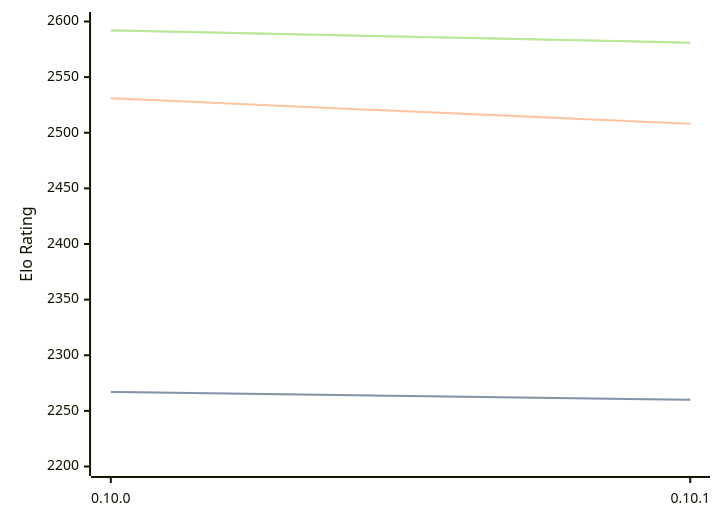
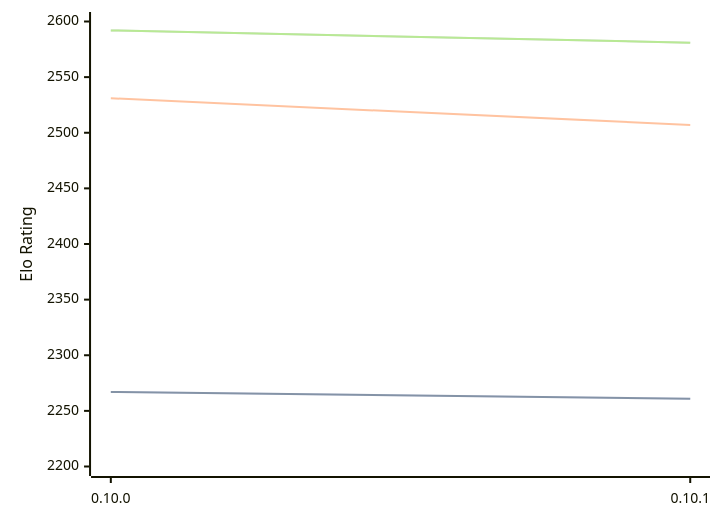
One commit to computer-chess-index/cci changed the diagram in engines/Fatalii.md. Above: the diagram before and after it, drawn with Mermaid. The commit also changed other lines of this file, not shown here.

````diff
--- a/engines/Fatalii.md
+++ b/engines/Fatalii.md
@@ -46,11 +46,11 @@
 ```mermaid
 %%{init: {"theme":"base","themeVariables":{"seriesColors:['#a3a3a3','#222221','#faa371']}}}%%
 xychart-beta
   x-axis ["0.10.0", "0.10.1"]
   y-axis "Elo Rating" 2200 --> 2600
-  line "STC (8.0+0.08s)" [2267, 2260]
-  line "STC (8.0+0.08s)" [2267, 2260]
-  line "LTC (60.0+0.60s)" [2531, 2508]
+  line "STC (8.0+0.08s)" [2267, 2261]
+  line "STC (8.0+0.08s)" [2267, 2261]
+  line "LTC (60.0+0.60s)" [2531, 2507]
   line "VLTC (2m24s+1.12s)" [2592, 2581]
   line "VLTC (2m24s+1.12s)" [2592, 2581]
 ```
````
